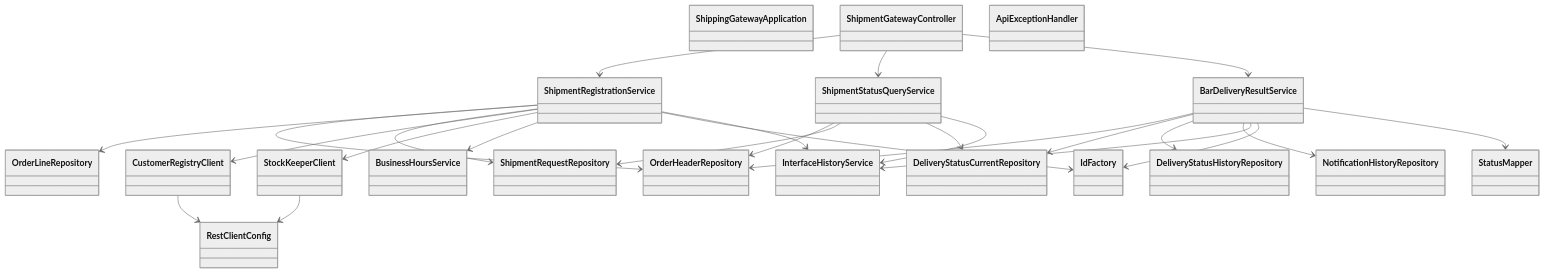
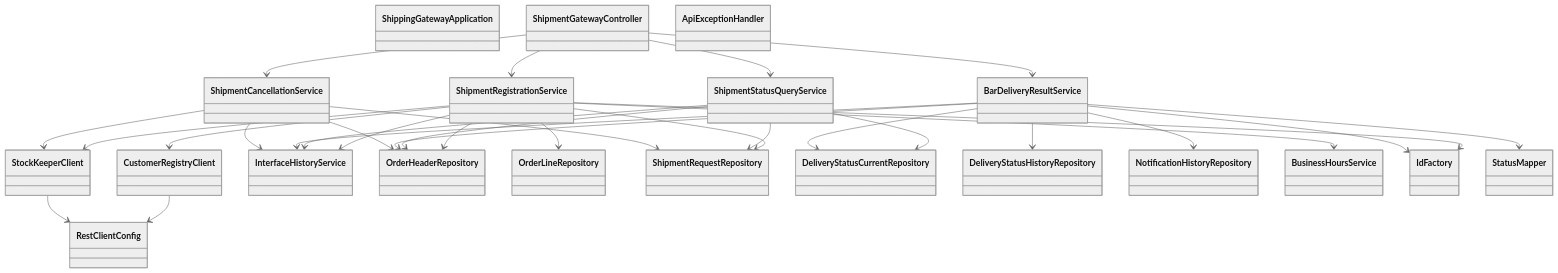
The diagram in docs/自社内部設計/業務設計/クラス設計書/CLD-003_Gatewayモジュールクラス設計書.md (CalorieMateEater/training-project-logistics-company), drawn with Mermaid (neutral theme) before and after one commit. The commit also changed other lines of this file and 235 other files, not shown here.

````diff
--- a/docs/自社内部設計/業務設計/クラス設計書/CLD-003_Gatewayモジュールクラス設計書.md
+++ b/docs/自社内部設計/業務設計/クラス設計書/CLD-003_Gatewayモジュールクラス設計書.md
@@ -26,47 +27,53 @@
 ```mermaid
 classDiagram
     class ShippingGatewayApplication
     class RestClientConfig
     class ShipmentGatewayController
     class ApiExceptionHandler
     class ShipmentRegistrationService
     class ShipmentStatusQueryService
     class BarDeliveryResultService
+    class ShipmentCancellationService
     class CustomerRegistryClient
     class StockKeeperClient
     class InterfaceHistoryService
     class OrderHeaderRepository
     class OrderLineRepository
     class ShipmentRequestRepository
     class DeliveryStatusCurrentRepository
     class DeliveryStatusHistoryRepository
     class NotificationHistoryRepository
     class BusinessHoursService
     class IdFactory
     class StatusMapper
 
     ShipmentGatewayController --> ShipmentRegistrationService
     ShipmentGatewayController --> ShipmentStatusQueryService
     ShipmentGatewayController --> BarDeliveryResultService
+    ShipmentGatewayController --> ShipmentCancellationService
     ShipmentRegistrationService --> OrderHeaderRepository
     ShipmentRegistrationService --> OrderLineRepository
     ShipmentRegistrationService --> ShipmentRequestRepository
     ShipmentRegistrationService --> CustomerRegistryClient
     ShipmentRegistrationService --> StockKeeperClient
     ShipmentRegistrationService --> BusinessHoursService
     ShipmentRegistrationService --> IdFactory
     ShipmentRegistrationService --> InterfaceHistoryService
     ShipmentStatusQueryService --> OrderHeaderRepository
     ShipmentStatusQueryService --> ShipmentRequestRepository
     ShipmentStatusQueryService --> DeliveryStatusCurrentRepository
     ShipmentStatusQueryService --> InterfaceHistoryService
     BarDeliveryResultService --> OrderHeaderRepository
     BarDeliveryResultService --> DeliveryStatusCurrentRepository
     BarDeliveryResultService --> DeliveryStatusHistoryRepository
     BarDeliveryResultService --> NotificationHistoryRepository
     BarDeliveryResultService --> InterfaceHistoryService
     BarDeliveryResultService --> IdFactory
     BarDeliveryResultService --> StatusMapper
+    ShipmentCancellationService --> OrderHeaderRepository
+    ShipmentCancellationService --> ShipmentRequestRepository
+    ShipmentCancellationService --> StockKeeperClient
+    ShipmentCancellationService --> InterfaceHistoryService
     CustomerRegistryClient --> RestClientConfig
     StockKeeperClient --> RestClientConfig
 ```
````
